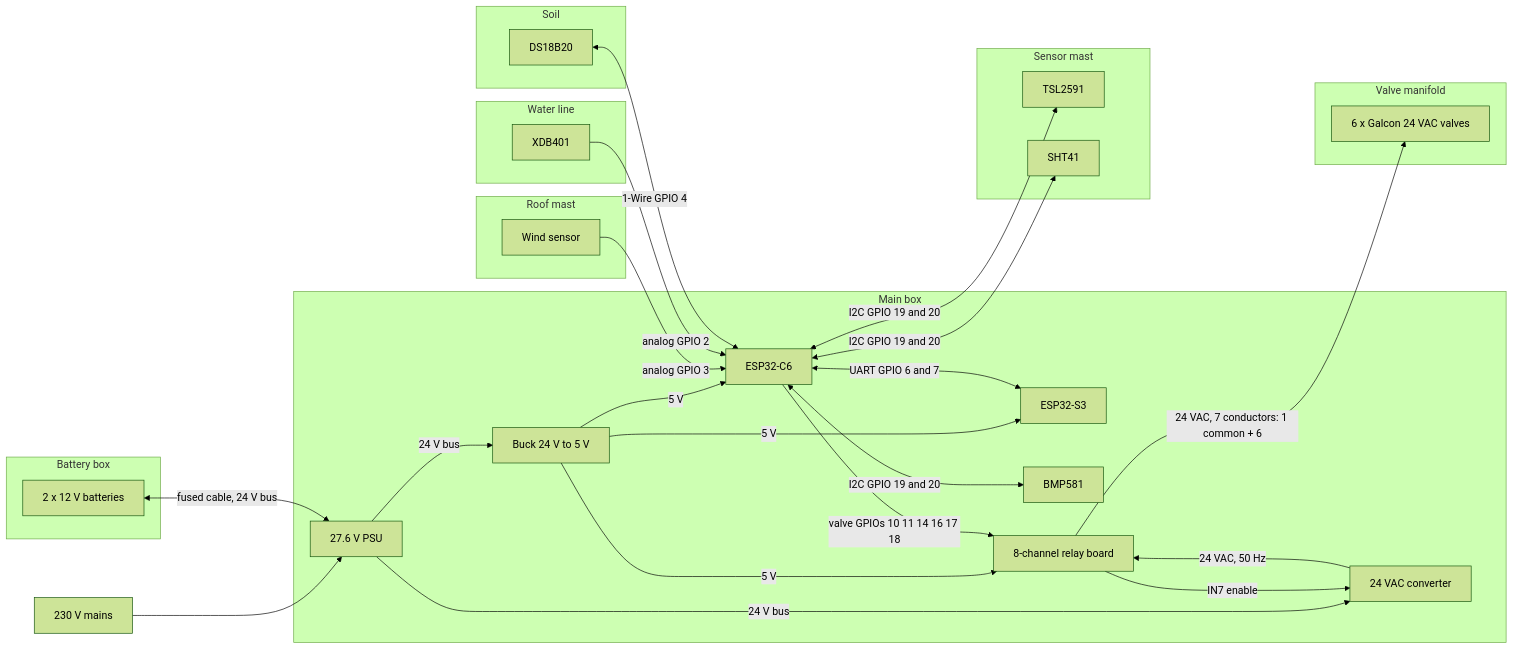
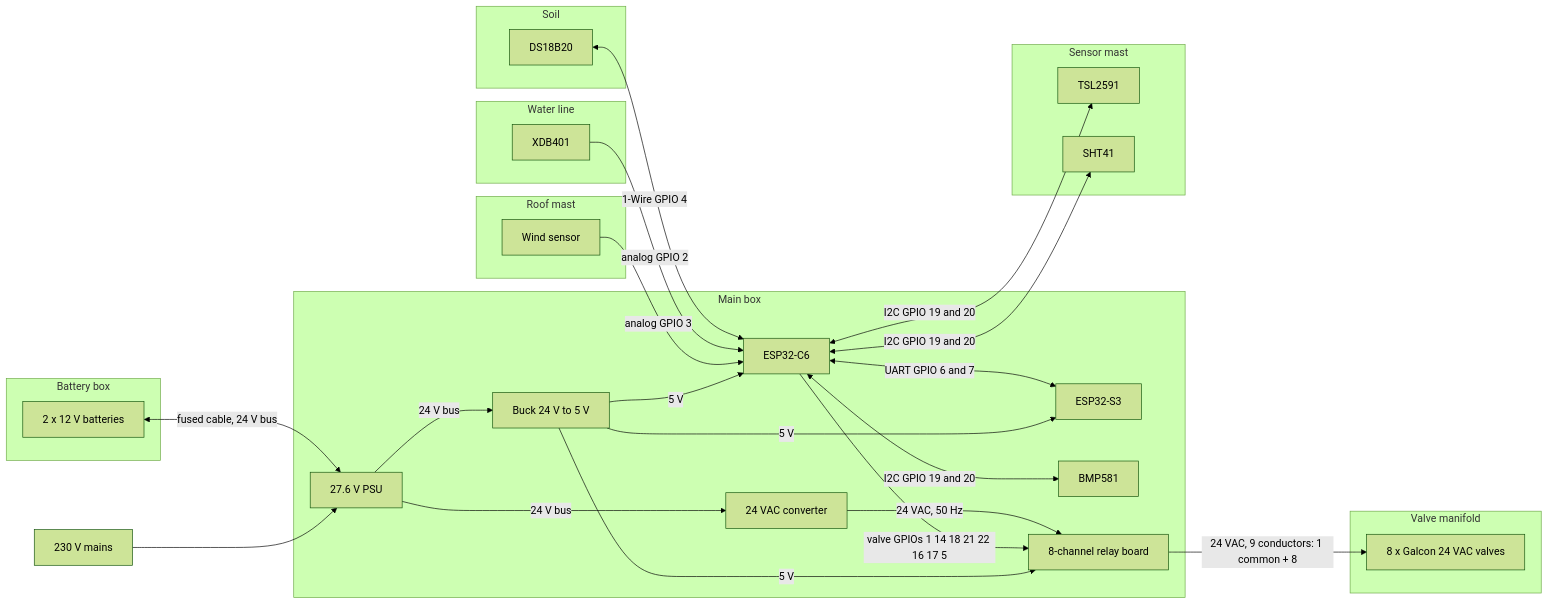
Before and after one commit to yuvalkuck/smart-irrigate: the fifth of 5 diagrams in README.md, drawn with Mermaid (forest theme). The commit also changed other lines of this file and 4 other files, not shown here.

````diff
--- a/README.md
+++ b/README.md
@@ -238,58 +238,57 @@
 ```mermaid
 graph LR
     MAINS[230 V mains]
 
     subgraph MAIN["Main box"]
         PSU[27.6 V PSU]
         BUCK5[Buck 24 V to 5 V]
         CONV[24 VAC converter]
         C6[ESP32-C6]
         S3[ESP32-S3]
         BMP[BMP581]
         RELAY[8-channel relay board]
     end
 
     subgraph BATBOX["Battery box"]
         BAT[2 x 12 V batteries]
     end
 
     subgraph MAST["Sensor mast"]
         TSL[TSL2591]
         SHT[SHT41]
     end
 
     subgraph ROOF["Roof mast"]
         WIND[Wind sensor]
     end
 
     subgraph SOIL["Soil"]
         DS[DS18B20]
     end
 
     subgraph PIPE["Water line"]
         XDB[XDB401]
     end
 
     subgraph MANIFOLD["Valve manifold"]
-        VALVES[6 x Galcon 24 VAC valves]
+        VALVES[8 x Galcon 24 VAC valves]
     end
 
     MAINS --> PSU
     PSU -- 24 V bus --> BUCK5
     PSU -- 24 V bus --> CONV
     BAT <-- "fused cable, 24 V bus" --> PSU
     BUCK5 -- 5 V --> C6
     BUCK5 -- 5 V --> S3
     BUCK5 -- 5 V --> RELAY
     C6 <-- "UART GPIO 6 and 7" --> S3
     C6 <-- "I2C GPIO 19 and 20" --> BMP
     C6 <-- "I2C GPIO 19 and 20" --> TSL
     C6 <-- "I2C GPIO 19 and 20" --> SHT
     WIND -- "analog GPIO 3" --> C6
     XDB -- "analog GPIO 2" --> C6
     DS <-- "1-Wire GPIO 4" --> C6
-    C6 -- "valve GPIOs 10 11 14 16 17 18" --> RELAY
-    RELAY -- "IN7 enable" --> CONV
+    C6 -- "valve GPIOs 1 14 18 21 22 16 17 5" --> RELAY
     CONV -- "24 VAC, 50 Hz" --> RELAY
-    RELAY -- "24 VAC, 7 conductors: 1 common + 6" --> VALVES
+    RELAY -- "24 VAC, 9 conductors: 1 common + 8" --> VALVES
 ```
````
